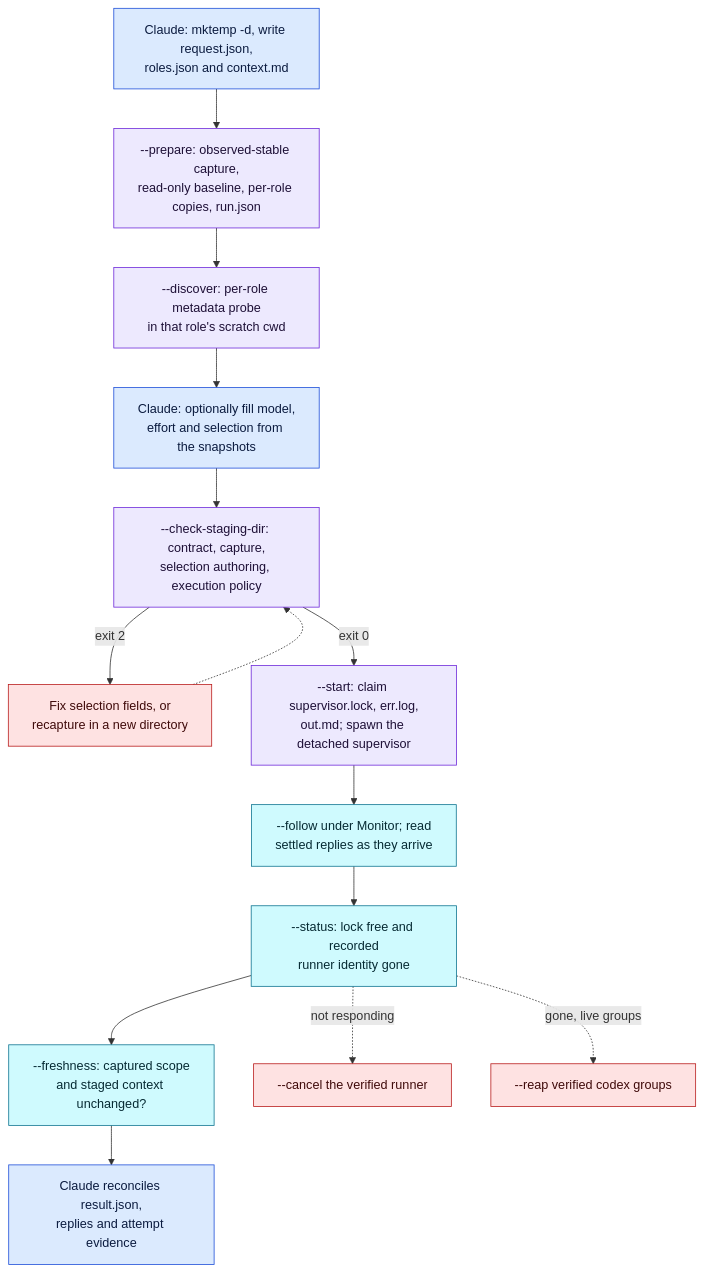
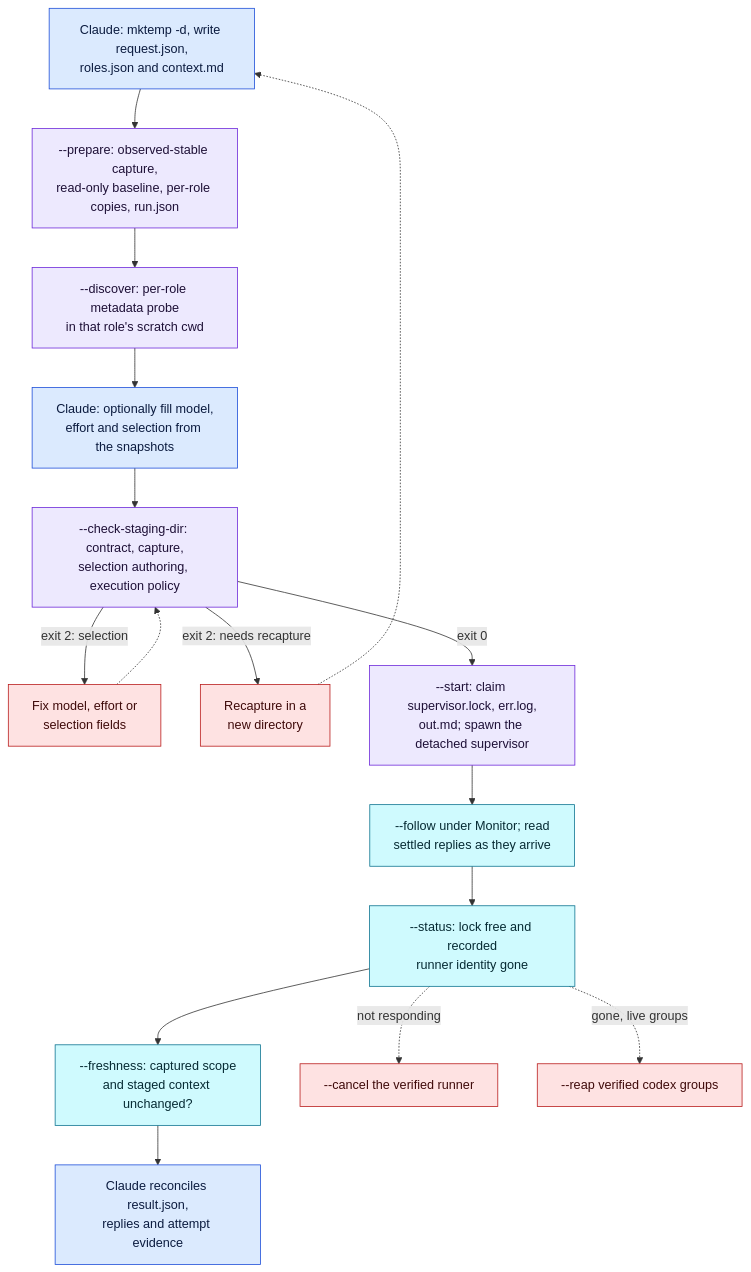
One commit to ehzawad/codex-council changed the second of 4 diagrams in README.md. Above: the diagram before and after it, drawn with Mermaid. The commit also changed other lines of this file and 3 other files, not shown here.

First line of the commit message:
Fix module-diagram palette and edges, recapture loop, removal command and two stale comments

````diff
--- a/README.md
+++ b/README.md
@@ -113,25 +113,27 @@
 ```mermaid
 flowchart TD
     Brief["Claude: mktemp -d, write request.json,<br/>roles.json and context.md"] --> Prepare["--prepare: observed-stable capture,<br/>read-only baseline, per-role copies, run.json"]
     Prepare --> Discover["--discover: per-role metadata probe<br/>in that role's scratch cwd"]
     Discover --> Select["Claude: optionally fill model,<br/>effort and selection from the snapshots"]
     Select --> Check["--check-staging-dir: contract, capture,<br/>selection authoring, execution policy"]
-    Check -- "exit 2" --> Repair["Fix selection fields, or<br/>recapture in a new directory"]
+    Check -- "exit 2: selection" --> Repair["Fix model, effort or<br/>selection fields"]
     Repair -.-> Check
+    Check -- "exit 2: needs recapture" --> Recapture["Recapture in a<br/>new directory"]
+    Recapture -.-> Brief
     Check -- "exit 0" --> Start["--start: claim supervisor.lock, err.log,<br/>out.md; spawn the detached supervisor"]
     Start --> Follow["--follow under Monitor; read<br/>settled replies as they arrive"]
     Follow --> Status["--status: lock free and recorded<br/>runner identity gone"]
     Status --> Fresh["--freshness: captured scope<br/>and staged context unchanged?"]
     Fresh --> Reconcile["Claude reconciles result.json,<br/>replies and attempt evidence"]
     Status -. "not responding" .-> Cancel["--cancel the verified runner"]
     Status -. "gone, live groups" .-> Reap["--reap verified codex groups"]
 
     classDef host fill:#dbeafe,stroke:#1d4ed8,color:#0b1b3f
     classDef runner fill:#ede9fe,stroke:#6d28d9,color:#1e1037
     classDef observer fill:#cffafe,stroke:#0e7490,color:#062a33
     classDef failure fill:#fee2e2,stroke:#b91c1c,color:#3f0a0a
     class Brief,Select,Reconcile host
     class Prepare,Discover,Check,Start runner
     class Follow,Status,Fresh observer
-    class Repair,Cancel,Reap failure
+    class Repair,Recapture,Cancel,Reap failure
 ```
````
